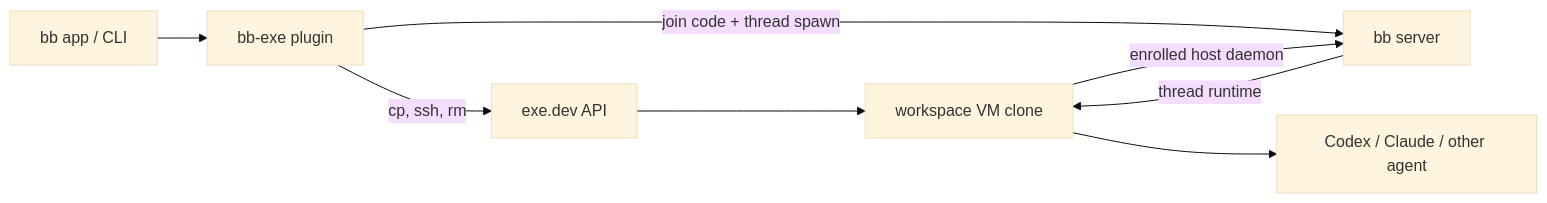
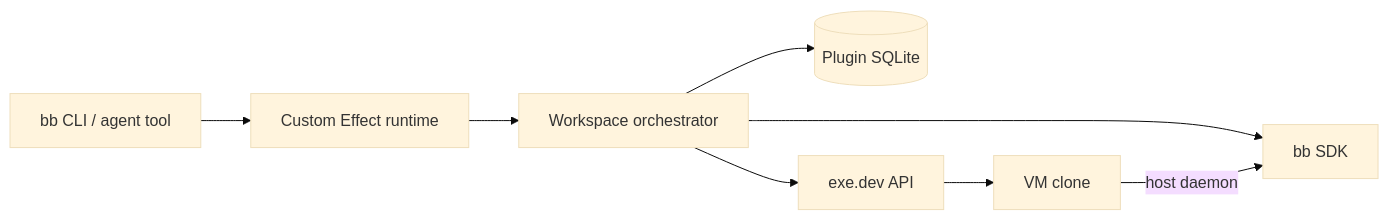
The diagram in README.md (bjacobso/bb-remote-workspaces), drawn with Mermaid (base theme) before and after one commit. The commit also changed other lines of this file and 21 other files, not shown here.

Commit message:
Implement Effect v4 exe.dev workspace plugin

````diff
--- a/README.md
+++ b/README.md
@@ -82,10 +82,10 @@
 ```mermaid
 flowchart LR
-  User[bb app / CLI] --> Plugin[bb-exe plugin]
-  Plugin -->|cp, ssh, rm| Exe[exe.dev API]
-  Exe --> VM[workspace VM clone]
-  Plugin -->|join code + thread spawn| Server[bb server]
-  VM -->|enrolled host daemon| Server
-  Server -->|thread runtime| VM
-  VM --> Agent[Codex / Claude / other agent]
+  UI[bb CLI / agent tool] --> RT[Custom Effect runtime]
+  RT --> ORCH[Workspace orchestrator]
+  ORCH --> DB[(Plugin SQLite)]
+  ORCH --> EXE[exe.dev API]
+  ORCH --> BB[bb SDK]
+  EXE --> VM[VM clone]
+  VM -->|host daemon| BB
 ```
````
